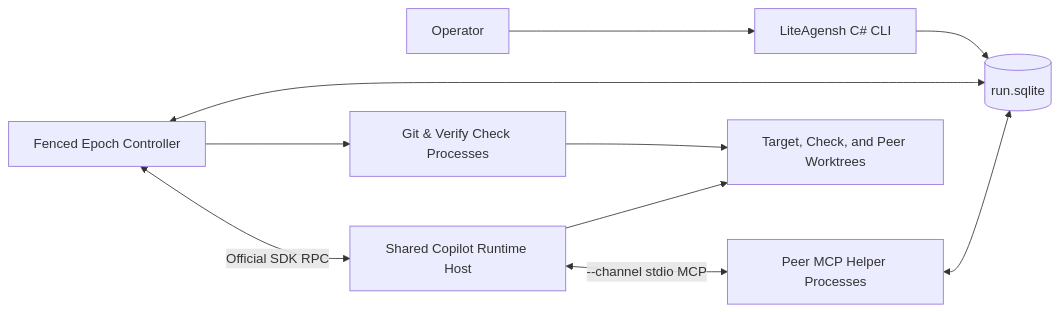
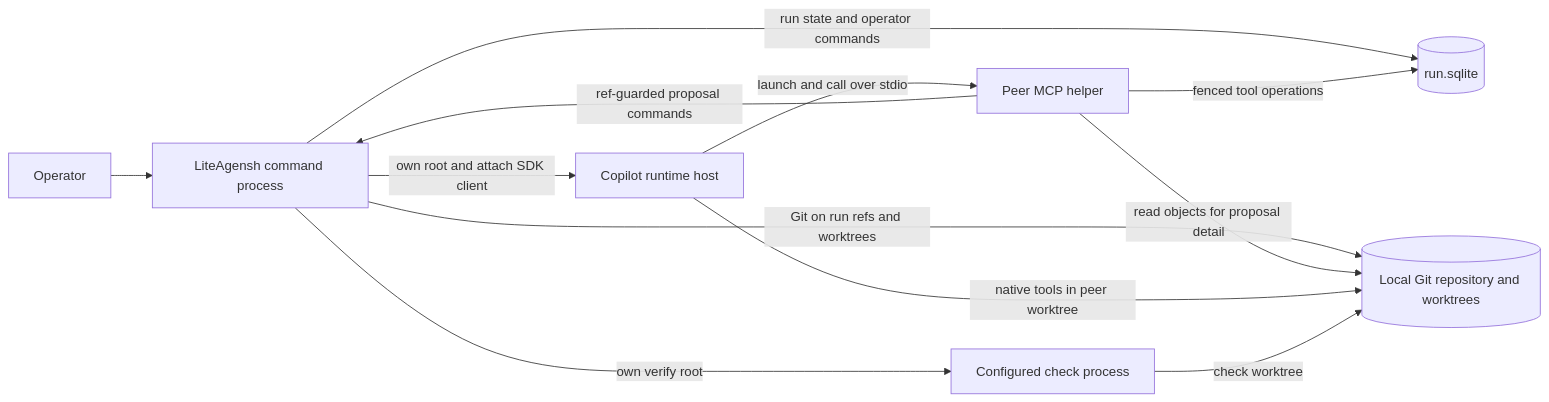
The first of 3 diagrams in src/private/app/lite-agensh/docs/architecture.md (hcoona/three), drawn with Mermaid before and after one commit. The commit also changed other lines of this file and 3 other files, not shown here.

First line of the commit message:
docs(lite-agensh): Define Runtime Contracts for the Rewrite (#2006)

````diff
--- a/src/private/app/lite-agensh/docs/architecture.md
+++ b/src/private/app/lite-agensh/docs/architecture.md
@@ -75,12 +16,14 @@
 ```mermaid
 flowchart LR
-    owner[Operator] --> cli[LiteAgensh C# CLI]
-    cli --> db[(run.sqlite)]
-    coord[Fenced Epoch Controller] <--> db
-    coord <-->|Official SDK RPC| rt[Shared Copilot Runtime Host]
-    rt <-->|--channel stdio MCP| mcp[Peer MCP Helper Processes]
-    mcp <--> db
-    coord --> git[Git & Verify Check Processes]
-    git --> trees[Target, Check, and Peer Worktrees]
-    rt --> trees
+    owner[Operator] --> cli[LiteAgensh command process]
+    cli -->|run state and operator commands| db[(run.sqlite)]
+    cli -->|own root and attach SDK client| rt[Copilot runtime host]
+    rt -->|launch and call over stdio| mcp[Peer MCP helper]
+    mcp -->|fenced tool operations| db
+    cli -->|Git on run refs and worktrees| ws[(Local Git repository and worktrees)]
+    mcp -->|read objects for proposal detail| ws
+    mcp -->|ref-guarded proposal commands| cli
+    rt -->|native tools in peer worktree| ws
+    cli -->|own verify root| verify[Configured check process]
+    verify -->|check worktree| ws
 ```
````
